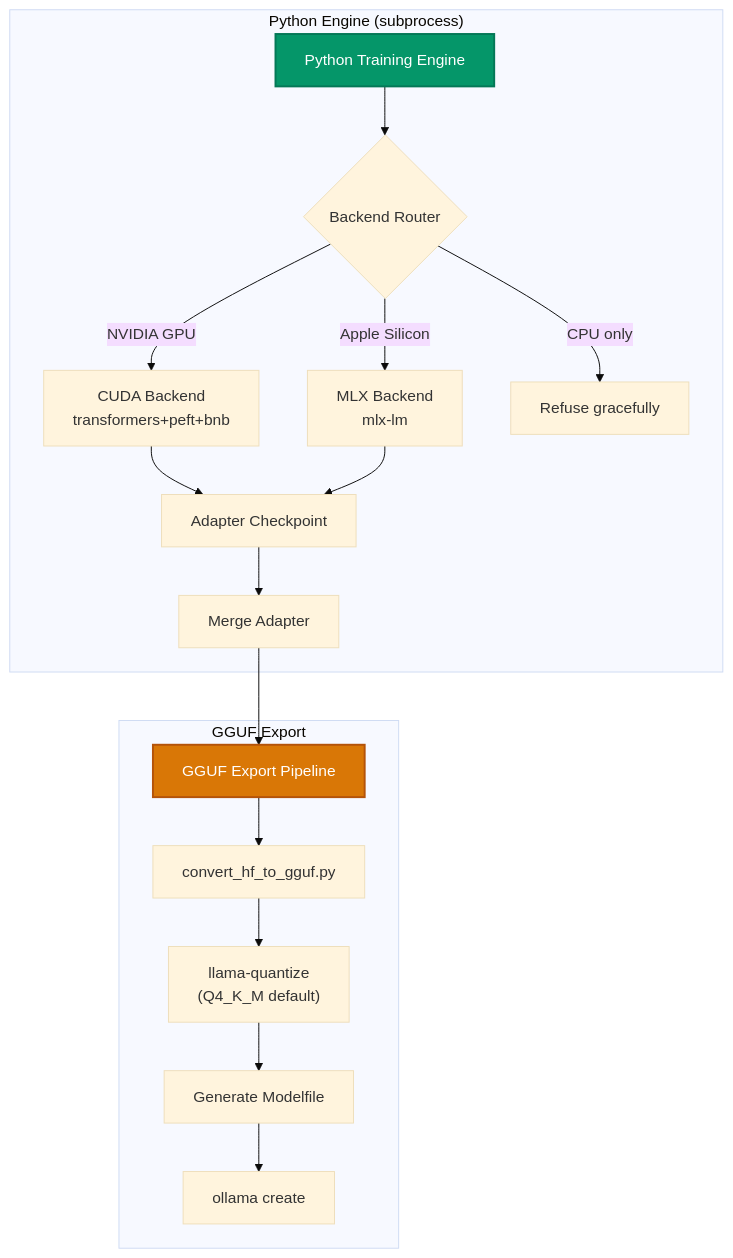
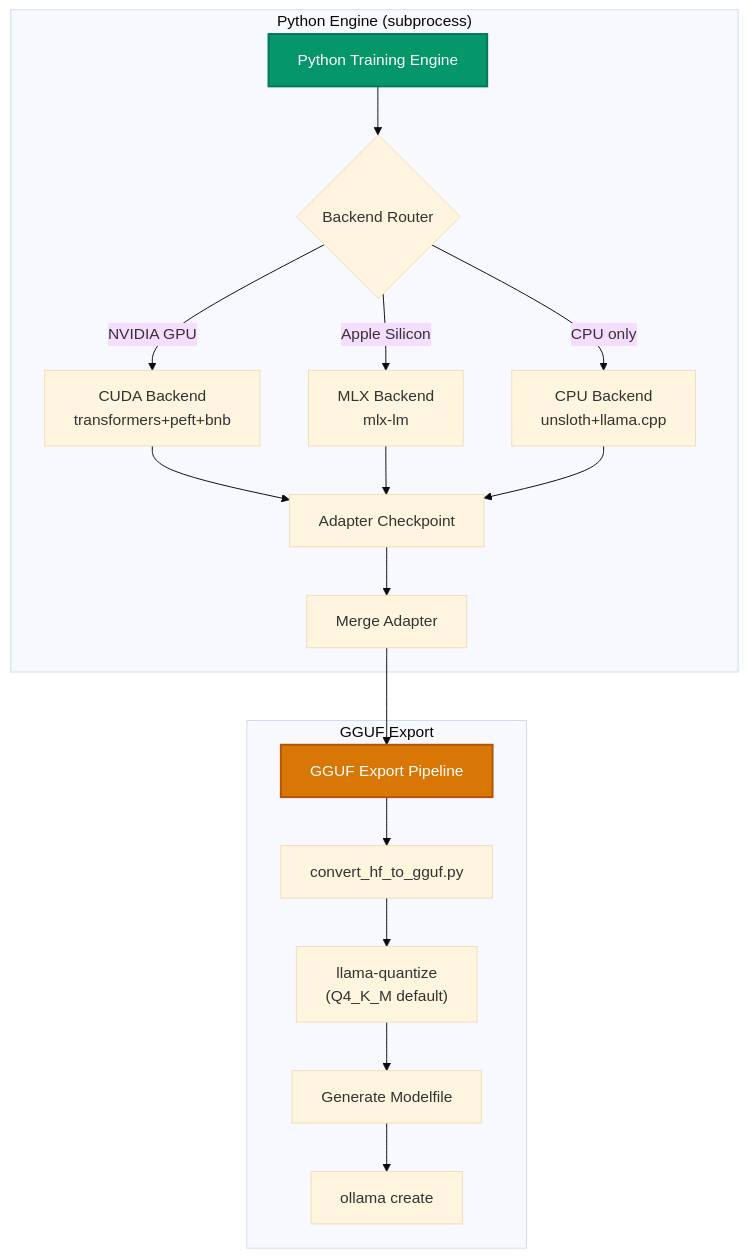
Before and after one commit to arrshh12/orb: the second of 2 diagrams in README.md, drawn with Mermaid (base theme). The commit also changed other lines of this file, not shown here.

Commit message:
docs: Update README with CPU architecture and Kaggle support details

````diff
--- a/README.md
+++ b/README.md
@@ -94,24 +94,25 @@
 ```mermaid
 graph TB
     subgraph "Python Engine (subprocess)"
         G["Python Training Engine"] --> H{"Backend Router"}
         H -->|"NVIDIA GPU"| I["CUDA Backend<br/>transformers+peft+bnb"]
         H -->|"Apple Silicon"| J["MLX Backend<br/>mlx-lm"]
-        H -->|"CPU only"| K["Refuse gracefully"]
+        H -->|"CPU only"| K["CPU Backend<br/>unsloth+llama.cpp"]
         I --> L["Adapter Checkpoint"]
         J --> L
+        K --> L
         L --> M["Merge Adapter"]
     end
 
     M --> N["GGUF Export Pipeline"]
     
     subgraph "GGUF Export"
         N --> O["convert_hf_to_gguf.py"]
         O --> P["llama-quantize<br/>(Q4_K_M default)"]
         P --> Q["Generate Modelfile"]
         Q --> R["ollama create"]
     end
 
     style G fill:#059669,color:white,stroke:#047857,stroke-width:2px
     style N fill:#d97706,color:white,stroke:#b45309,stroke-width:2px
 ```
````
